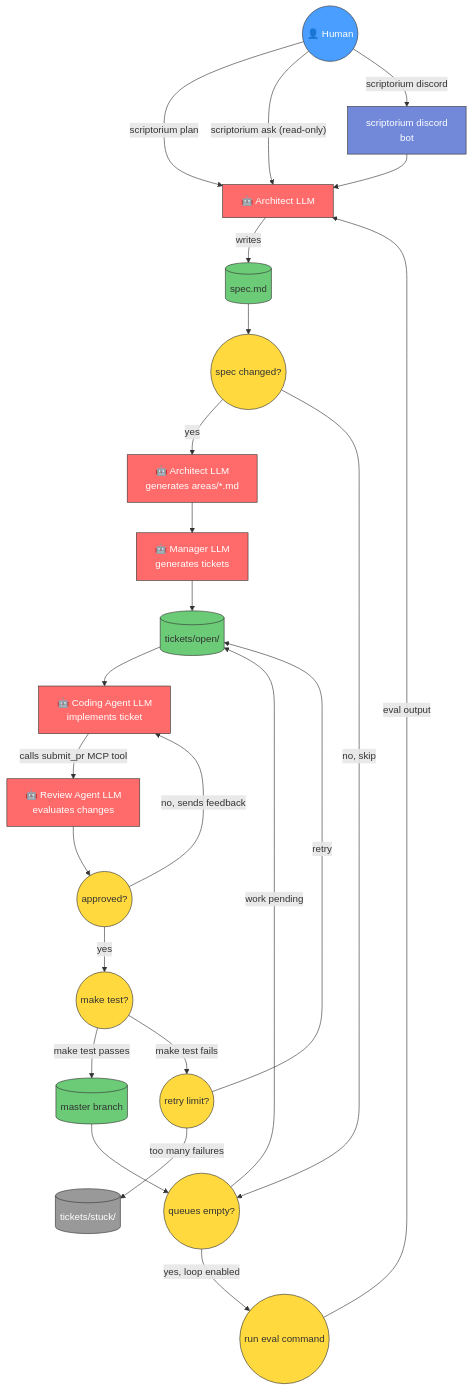
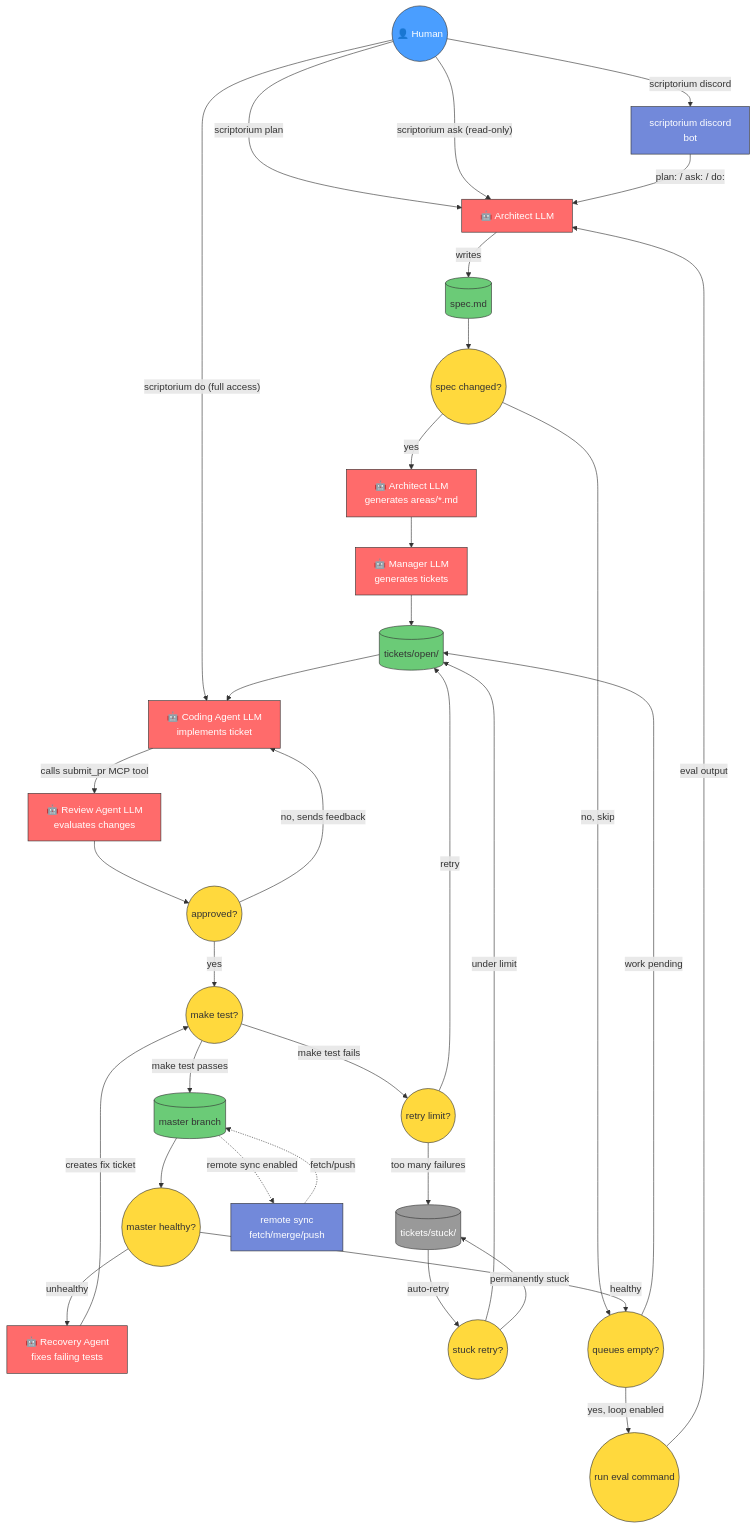
Before and after one commit to monofuel/scriptorium: the diagram in README.md, drawn with Mermaid. The commit also changed other lines of this file and 1 other file, not shown here.

First line of the commit message:
docs: update README for do command, recovery, remote sync, Discord prefixes (v18.2.0)

````diff
--- a/README.md
+++ b/README.md
@@ -9,63 +9,80 @@
 ```mermaid
 graph TD
     Human(("👤 Human"))
     Discord["scriptorium discord\nbot"]
     Architect["🤖 Architect LLM"]
     Spec[("spec.md")]
     SpecChanged((spec changed?))
     AreaArchitect["🤖 Architect LLM\ngenerates areas/*.md"]
     Manager["🤖 Manager LLM\ngenerates tickets"]
     Tickets[("tickets/open/")]
     Coder["🤖 Coding Agent LLM\nimplements ticket"]
     Reviewer["🤖 Review Agent LLM\nevaluates changes"]
     Approved((approved?))
     MergeQueue((make test?))
     Master[("master branch")]
+    HealthCheck((master healthy?))
+    Recovery["🤖 Recovery Agent\nfixes failing tests"]
     Stuck[("tickets/stuck/")]
+    StuckRecovery((stuck retry?))
     Reopen((retry limit?))
     Drained((queues empty?))
     Feedback(("run eval command"))
+    RemoteSync["remote sync\nfetch/merge/push"]
 
     Human -->|"scriptorium plan"| Architect
     Human -->|"scriptorium ask (read-only)"| Architect
+    Human -->|"scriptorium do (full access)"| Coder
     Human -->|"scriptorium discord"| Discord
-    Discord --> Architect
+    Discord -->|"plan: / ask: / do:"| Architect
     Architect -->|"writes"| Spec
 
     Spec --> SpecChanged
     SpecChanged -->|yes| AreaArchitect
     SpecChanged -->|no, skip| Drained
     AreaArchitect --> Manager
     Manager --> Tickets
     Tickets --> Coder
     Coder -->|"calls submit_pr MCP tool"| Reviewer
     Reviewer --> Approved
     Approved -->|yes| MergeQueue
     Approved -->|"no, sends feedback"| Coder
     MergeQueue -->|"make test passes"| Master
     MergeQueue -->|"make test fails"| Reopen
     Reopen -->|retry| Tickets
     Reopen -->|"too many failures"| Stuck
-    Master --> Drained
+    Stuck -->|"auto-retry"| StuckRecovery
+    StuckRecovery -->|"under limit"| Tickets
+    StuckRecovery -->|"permanently stuck"| Stuck
+    Master --> HealthCheck
+    HealthCheck -->|healthy| Drained
+    HealthCheck -->|"unhealthy"| Recovery
+    Recovery -->|"creates fix ticket"| MergeQueue
     Drained -->|"work pending"| Tickets
     Drained -->|"yes, loop enabled"| Feedback
     Feedback -->|"eval output"| Architect
+    Master -.->|"remote sync enabled"| RemoteSync
+    RemoteSync -.->|"fetch/push"| Master
 
     style Human fill:#4a9eff,stroke:#333,color:#fff
     style Discord fill:#7289da,stroke:#333,color:#fff
     style Architect fill:#ff6b6b,stroke:#333,color:#fff
     style AreaArchitect fill:#ff6b6b,stroke:#333,color:#fff
     style Manager fill:#ff6b6b,stroke:#333,color:#fff
     style Coder fill:#ff6b6b,stroke:#333,color:#fff
     style Reviewer fill:#ff6b6b,stroke:#333,color:#fff
+    style Recovery fill:#ff6b6b,stroke:#333,color:#fff
     style SpecChanged fill:#ffd93d,stroke:#333,color:#333
     style Approved fill:#ffd93d,stroke:#333,color:#333
     style MergeQueue fill:#ffd93d,stroke:#333,color:#333
+    style HealthCheck fill:#ffd93d,stroke:#333,color:#333
     style Reopen fill:#ffd93d,stroke:#333,color:#333
+    style StuckRecovery fill:#ffd93d,stroke:#333,color:#333
     style Drained fill:#ffd93d,stroke:#333,color:#333
     style Feedback fill:#ffd93d,stroke:#333,color:#333
+    style RemoteSync fill:#7289da,stroke:#333,color:#fff
     style Spec fill:#6bcb77,stroke:#333,color:#333
     style Tickets fill:#6bcb77,stroke:#333,color:#333
     style Master fill:#6bcb77,stroke:#333,color:#333
     style Stuck fill:#999,stroke:#333,color:#fff
 ```
````
